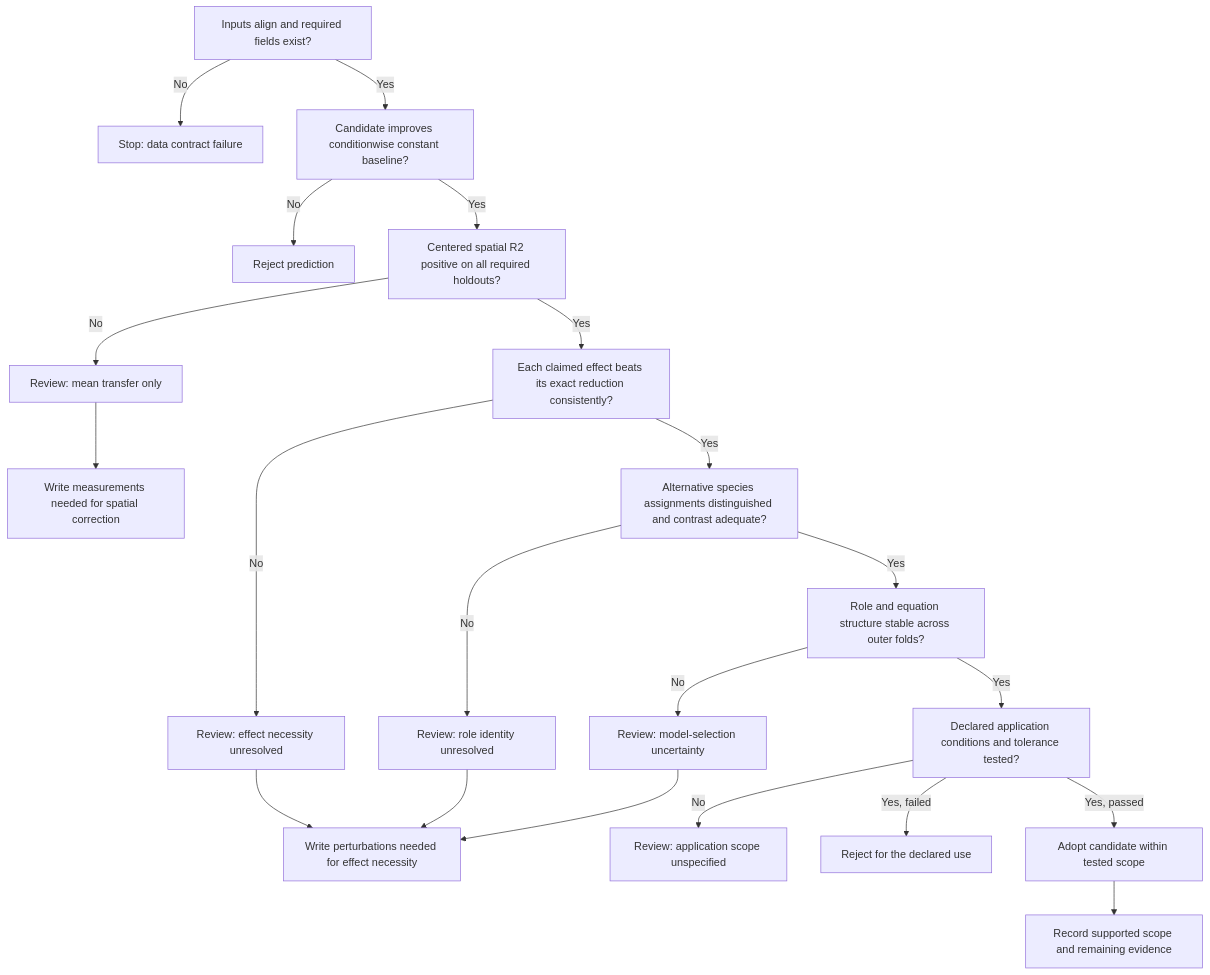
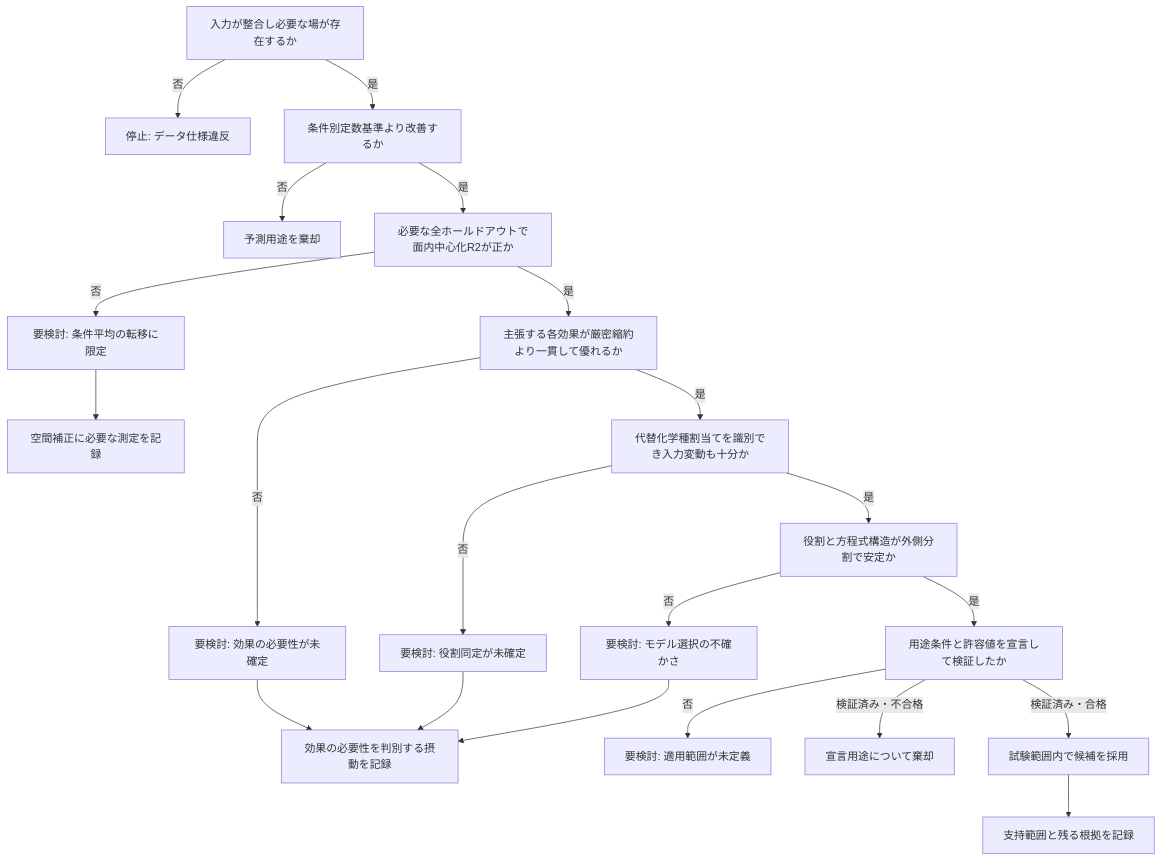
Before and after one commit to dkawa2523/cvd_ald: the second of 2 diagrams in docs/EVALUATION_WORKFLOW.md, drawn with Mermaid. The commit also changed other lines of this file and 25 other files, not shown here.

````diff
--- a/docs/EVALUATION_WORKFLOW.md
+++ b/docs/EVALUATION_WORKFLOW.md
@@ -355,23 +254,23 @@
 ```mermaid
 flowchart TD
-    A[Inputs align and required fields exist?] -->|No| X[Stop: data contract failure]
-    A -->|Yes| B[Candidate improves conditionwise constant baseline?]
-    B -->|No| R1[Reject prediction]
-    B -->|Yes| C[Centered spatial R2 positive on all required holdouts?]
-    C -->|No| Q1[Review: mean transfer only]
-    C -->|Yes| D[Each claimed effect beats its exact reduction consistently?]
-    D -->|No| Q2[Review: effect necessity unresolved]
-    D -->|Yes| E[Alternative species assignments distinguished and contrast adequate?]
-    E -->|No| Q3[Review: role identity unresolved]
-    E -->|Yes| F[Role and equation structure stable across outer folds?]
-    F -->|No| Q4[Review: model-selection uncertainty]
-    F -->|Yes| G[Declared application conditions and tolerance tested?]
-    G -->|No| Q5[Review: application scope unspecified]
-    G -->|Yes, failed| R2[Reject for the declared use]
-    G -->|Yes, passed| H[Adopt candidate within tested scope]
-    Q1 --> W[Write measurements needed for spatial correction]
-    Q2 --> K[Write perturbations needed for effect necessity]
+    A[入力が整合し必要な場が存在するか] -->|否| X[停止: データ仕様違反]
+    A -->|是| B[条件別定数基準より改善するか]
+    B -->|否| R1[予測用途を棄却]
+    B -->|是| C[必要な全ホールドアウトで面内中心化R2が正か]
+    C -->|否| Q1[要検討: 条件平均の転移に限定]
+    C -->|是| D[主張する各効果が厳密縮約より一貫して優れるか]
+    D -->|否| Q2[要検討: 効果の必要性が未確定]
+    D -->|是| E[代替化学種割当てを識別でき入力変動も十分か]
+    E -->|否| Q3[要検討: 役割同定が未確定]
+    E -->|是| F[役割と方程式構造が外側分割で安定か]
+    F -->|否| Q4[要検討: モデル選択の不確かさ]
+    F -->|是| G[用途条件と許容値を宣言して検証したか]
+    G -->|否| Q5[要検討: 適用範囲が未定義]
+    G -->|検証済み・不合格| R2[宣言用途について棄却]
+    G -->|検証済み・合格| H[試験範囲内で候補を採用]
+    Q1 --> W[空間補正に必要な測定を記録]
+    Q2 --> K[効果の必要性を判別する摂動を記録]
     Q3 --> K
     Q4 --> K
-    H --> P[Record supported scope and remaining evidence]
+    H --> P[支持範囲と残る根拠を記録]
 ```
````
